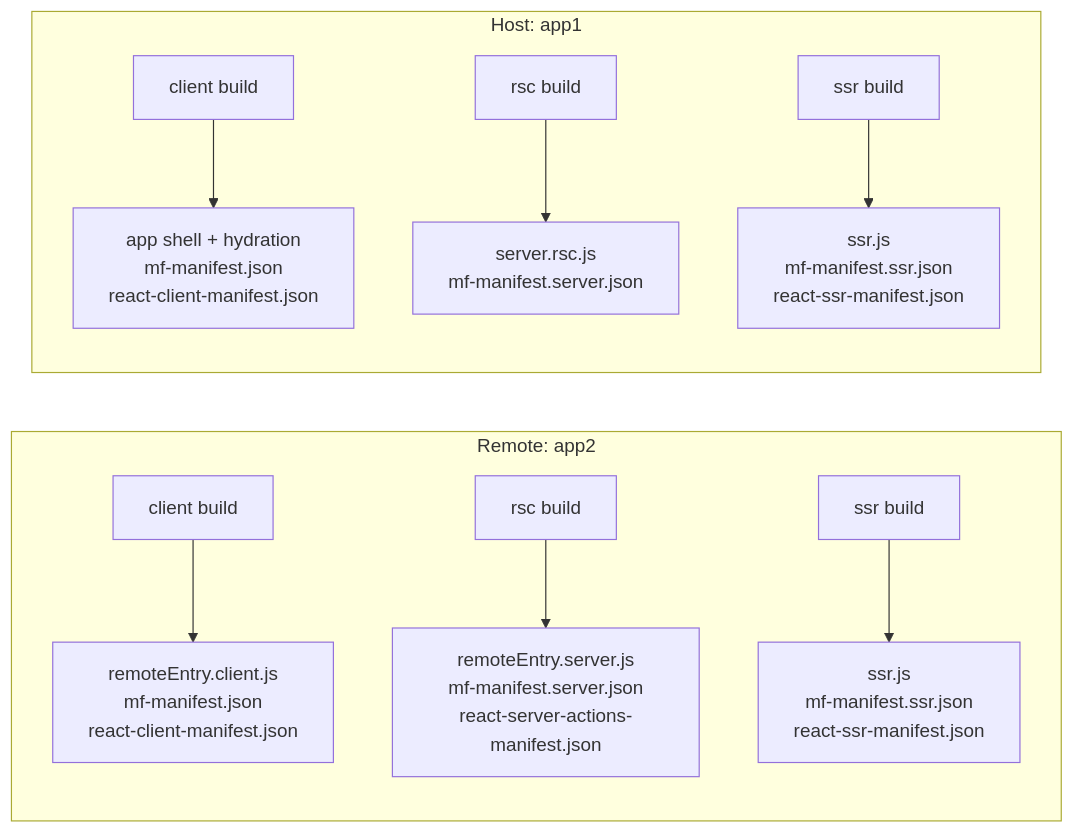
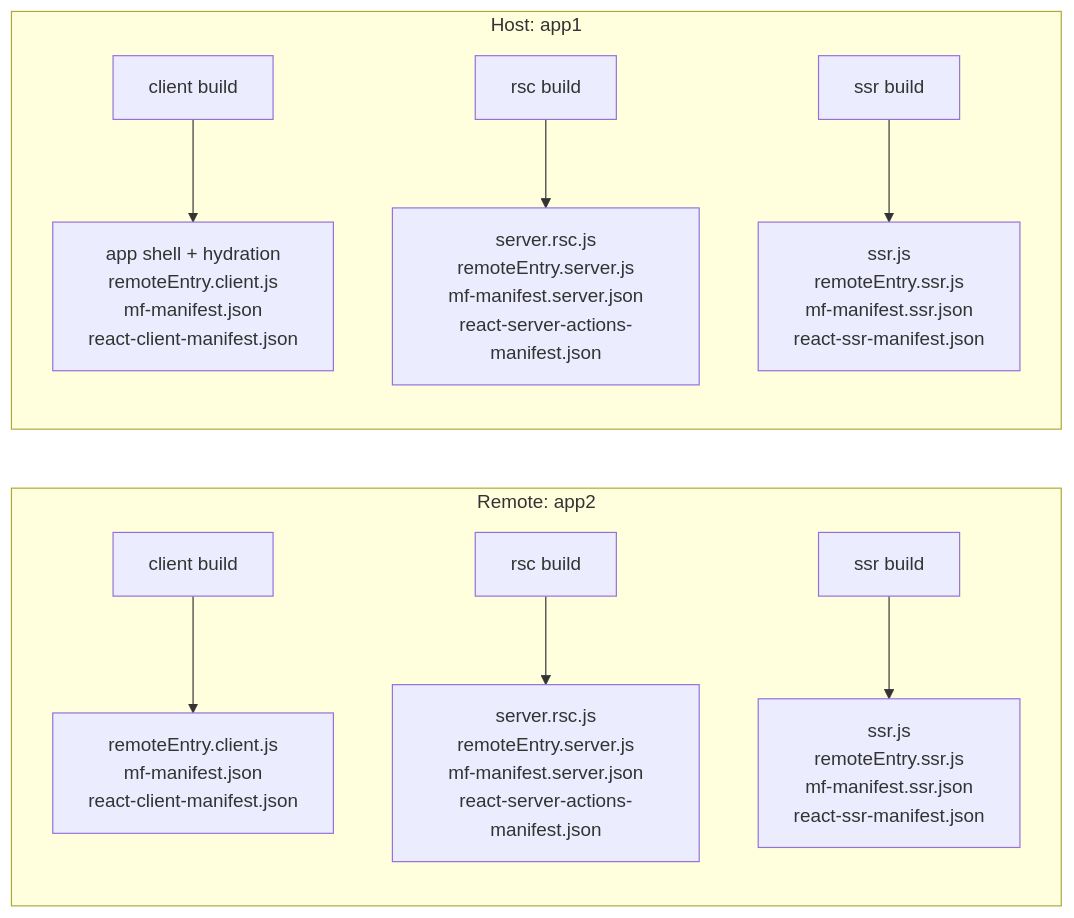
One commit to module-federation/core changed the first of 4 diagrams in RSC_MF_ARCHITECTURE.md. Above: the diagram before and after it, drawn with Mermaid. The commit also changed other lines of this file, not shown here.

Commit message:
docs: update RSC MF architecture diagram

````diff
--- a/RSC_MF_ARCHITECTURE.md
+++ b/RSC_MF_ARCHITECTURE.md
@@ -85,14 +85,14 @@
 ```mermaid
 flowchart LR
   subgraph App2[Remote: app2]
     A2C[client build] --> A2COut[remoteEntry.client.js<br/>mf-manifest.json<br/>react-client-manifest.json]
-    A2R[rsc build] --> A2ROut[remoteEntry.server.js<br/>mf-manifest.server.json<br/>react-server-actions-manifest.json]
-    A2S[ssr build] --> A2SOut[ssr.js<br/>mf-manifest.ssr.json<br/>react-ssr-manifest.json]
+    A2R[rsc build] --> A2ROut[server.rsc.js<br/>remoteEntry.server.js<br/>mf-manifest.server.json<br/>react-server-actions-manifest.json]
+    A2S[ssr build] --> A2SOut[ssr.js<br/>remoteEntry.ssr.js<br/>mf-manifest.ssr.json<br/>react-ssr-manifest.json]
   end
 
   subgraph App1[Host: app1]
-    A1C[client build] --> A1COut[app shell + hydration<br/>mf-manifest.json<br/>react-client-manifest.json]
-    A1R[rsc build] --> A1ROut[server.rsc.js<br/>mf-manifest.server.json]
-    A1S[ssr build] --> A1SOut[ssr.js<br/>mf-manifest.ssr.json<br/>react-ssr-manifest.json]
+    A1C[client build] --> A1COut[app shell + hydration<br/>remoteEntry.client.js<br/>mf-manifest.json<br/>react-client-manifest.json]
+    A1R[rsc build] --> A1ROut[server.rsc.js<br/>remoteEntry.server.js<br/>mf-manifest.server.json<br/>react-server-actions-manifest.json]
+    A1S[ssr build] --> A1SOut[ssr.js<br/>remoteEntry.ssr.js<br/>mf-manifest.ssr.json<br/>react-ssr-manifest.json]
   end
 ```
````
